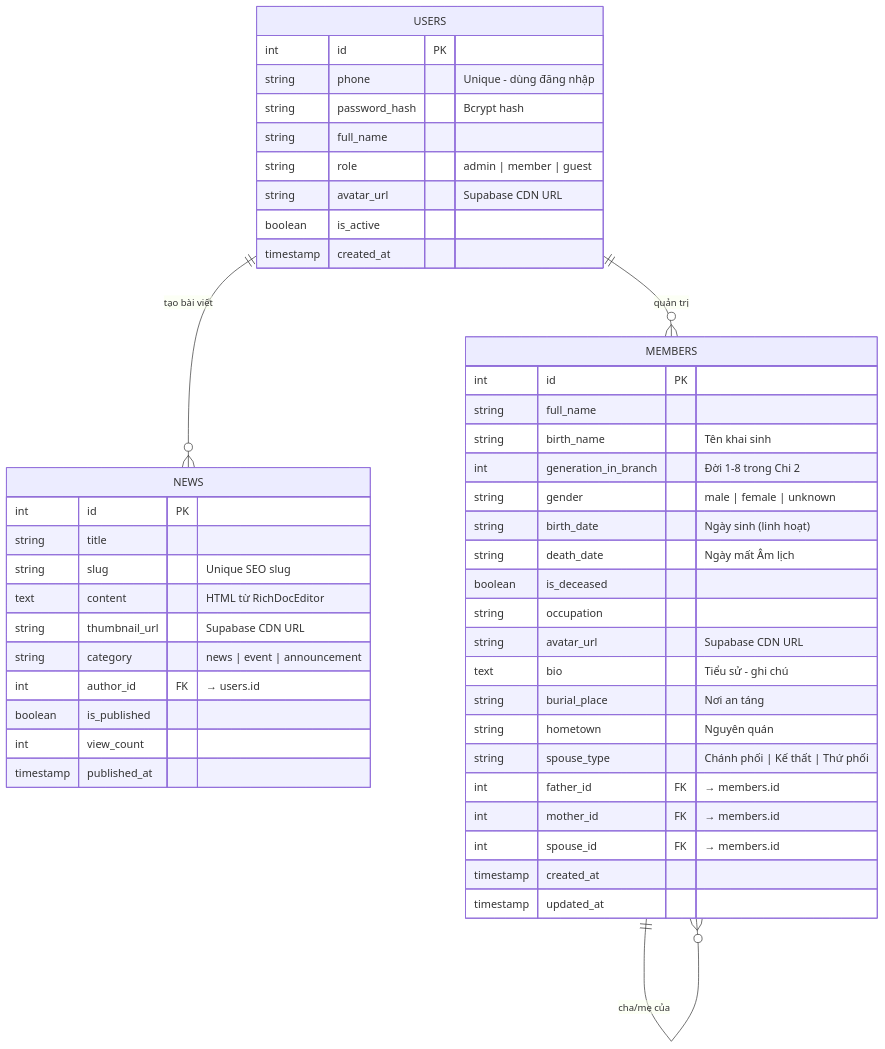
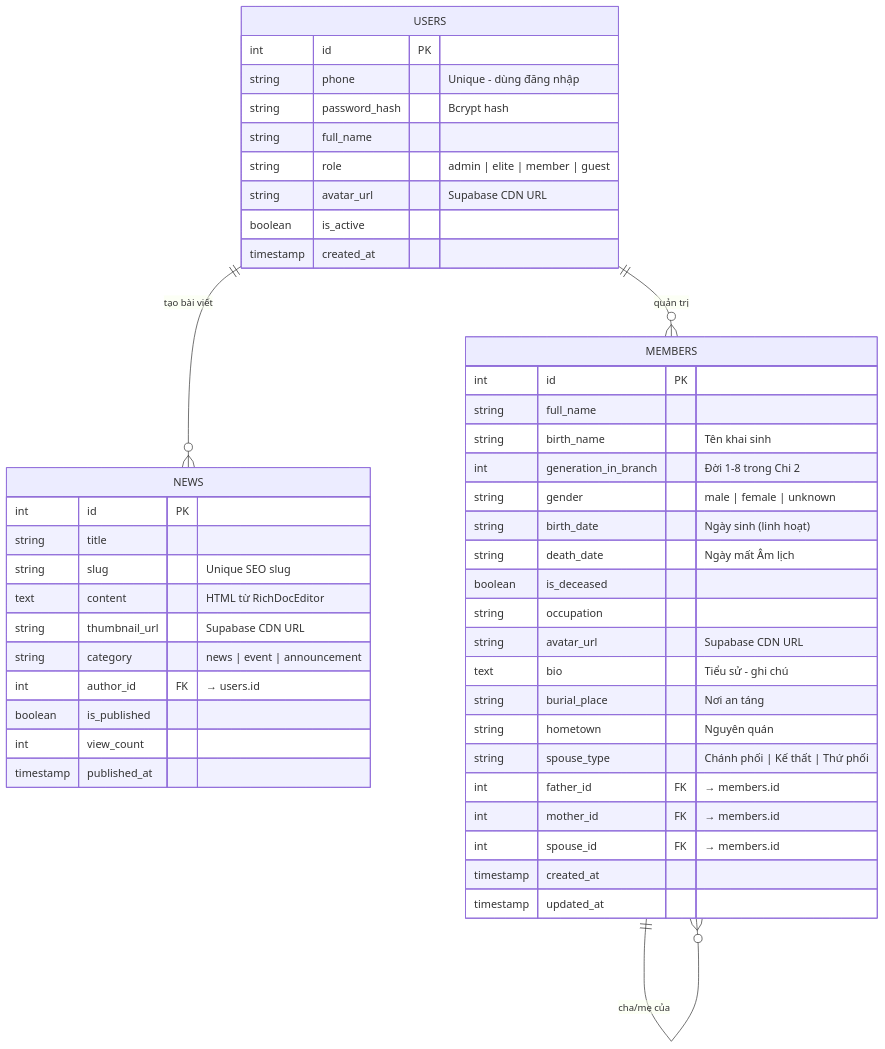
The second of 2 diagrams in README.md (LGKAI/Portal-HoLeVan-Phai4-Chi2), drawn with Mermaid before and after one commit. The commit also changed other lines of this file and 25 other files, not shown here.

````diff
--- a/README.md
+++ b/README.md
@@ -111,52 +122,52 @@
 ```mermaid
 erDiagram
     USERS ||--o{ NEWS : "tạo bài viết"
     USERS ||--o{ MEMBERS : "quản trị"
     MEMBERS ||--o{ MEMBERS : "cha/mẹ của"
 
     USERS {
         int id PK
         string phone "Unique - dùng đăng nhập"
         string password_hash "Bcrypt hash"
         string full_name
-        string role "admin | member | guest"
+        string role "admin | elite | member | guest"
         string avatar_url "Supabase CDN URL"
         boolean is_active
         timestamp created_at
     }
 
     MEMBERS {
         int id PK
         string full_name
         string birth_name "Tên khai sinh"
         int generation_in_branch "Đời 1-8 trong Chi 2"
         string gender "male | female | unknown"
         string birth_date "Ngày sinh (linh hoạt)"
         string death_date "Ngày mất Âm lịch"
         boolean is_deceased
         string occupation
         string avatar_url "Supabase CDN URL"
         text bio "Tiểu sử - ghi chú"
         string burial_place "Nơi an táng"
         string hometown "Nguyên quán"
         string spouse_type "Chánh phối | Kế thất | Thứ phối"
         int father_id FK "→ members.id"
         int mother_id FK "→ members.id"
         int spouse_id FK "→ members.id"
         timestamp created_at
         timestamp updated_at
     }
 
     NEWS {
         int id PK
         string title
         string slug "Unique SEO slug"
         text content "HTML từ RichDocEditor"
         string thumbnail_url "Supabase CDN URL"
         string category "news | event | announcement"
         int author_id FK "→ users.id"
         boolean is_published
         int view_count
         timestamp published_at
     }
 ```
````
